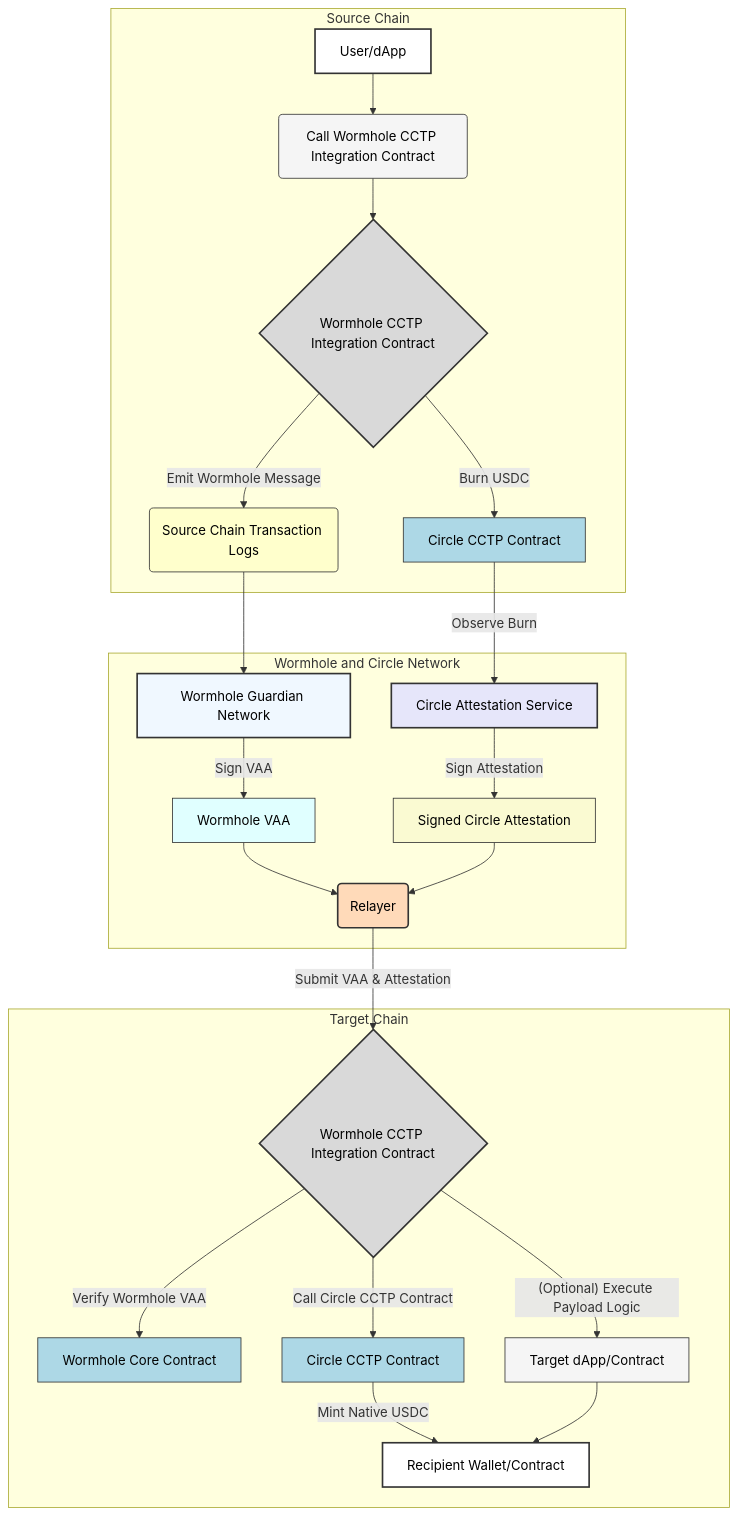
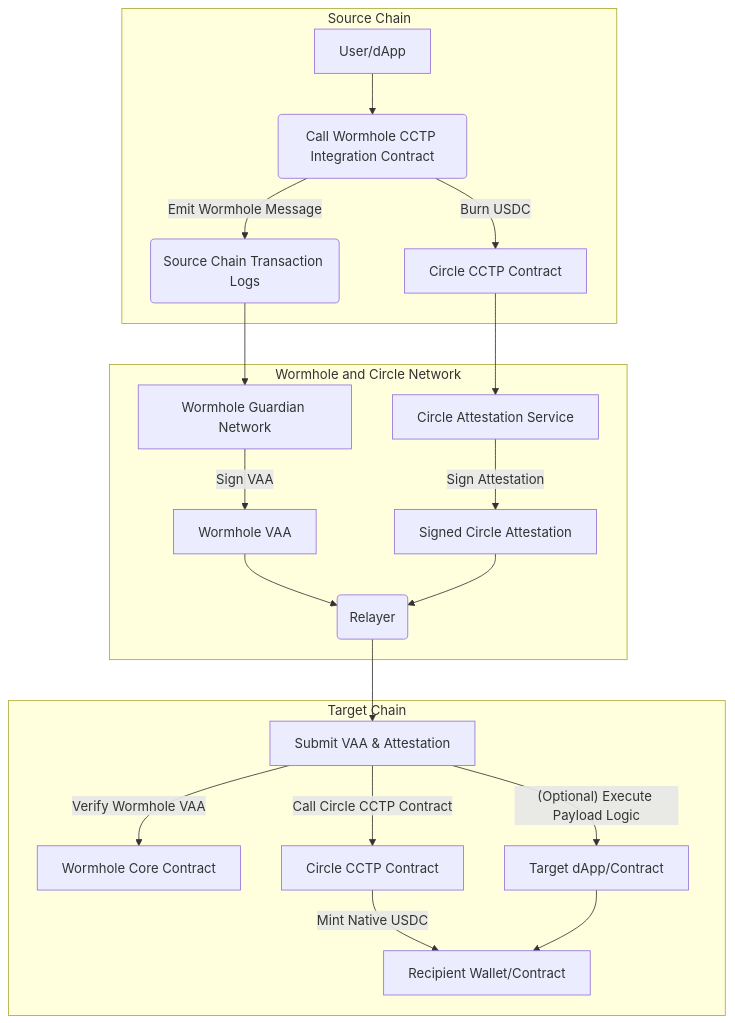
Before and after one commit to wormhole-foundation/wormhole-docs: the diagram in products/cctp-bridge/overview.md, drawn with Mermaid.

Commit message:
revisions

````diff
--- a/products/cctp-bridge/overview.md
+++ b/products/cctp-bridge/overview.md
@@ -32,61 +32,43 @@
 ```mermaid
 ---
 config:
-  layout: fixed 
+  layout: fixed
 ---
 
-flowchart
+flowchart TD
  subgraph subGraph0["Source Chain"]
         B("Call Wormhole CCTP Integration Contract")
         A["User/dApp"]
-        C{"Wormhole CCTP Integration Contract"}
         D["Circle CCTP Contract"]
         E("Source Chain Transaction Logs")
   end
  subgraph subGraph1["Wormhole and Circle Network"]
         F["Wormhole Guardian Network"]
         G["Circle Attestation Service"]
         H["Wormhole VAA"]
         I["Signed Circle Attestation"]
         J("Relayer")
   end
  subgraph subGraph2["Target Chain"]
-        K{"Wormhole CCTP Integration Contract"}
+        K["Submit VAA & Attestation"] 
         L["Wormhole Core Contract"]
         M["Circle CCTP Contract"]
         N["Target dApp/Contract"]
         O["Recipient Wallet/Contract"]
   end
     A --> B
-    B --> C
-    C -- Burn USDC --> D
-    C -- Emit Wormhole Message --> E
+    B -- Burn USDC --> D
+    B -- Emit Wormhole Message --> E
     E --> F
-    D -- Observe Burn --> G
+    D --> G
     F -- Sign VAA --> H
     G -- Sign Attestation --> I
     H --> J
     I --> J
-    J -- Submit VAA & Attestation --> K
+    J --> K 
     K -- Verify Wormhole VAA --> L
     K -- Call Circle CCTP Contract --> M
     K -- (Optional) Execute Payload Logic --> N
     M -- Mint Native USDC --> O
     N --> O
-    style B fill:#F5F5F5,stroke:#333,stroke-width:1px,color:#000
-    style A fill:#FFFFFF,stroke:#333,stroke-width:2px,color:#000
-    style C fill:#D9D9D9,stroke:#333,stroke-width:2px,color:#000
-    style D fill:#ADD8E6,stroke:#333,stroke-width:1px,color:#000
-    style E fill:#FFFFCC,stroke:#333,stroke-width:1px,color:#000
-    style F fill:#F0F8FF,stroke:#333,stroke-width:2px,color:#000
-    style G fill:#E6E6FA,stroke:#333,stroke-width:2px,color:#000
-    style H fill:#E0FFFF,stroke:#333,stroke-width:1px,color:#000
-    style I fill:#FAFAD2,stroke:#333,stroke-width:1px,color:#000
-    style J fill:#FFDAB9,stroke:#333,stroke-width:2px,color:#000
-    style K fill:#D9D9D9,stroke:#333,stroke-width:2px,color:#000
-    style L fill:#ADD8E6,stroke:#333,stroke-width:1px,color:#000
-    style M fill:#ADD8E6,stroke:#333,stroke-width:1px,color:#000
-    style N fill:#F5F5F5,stroke:#333,stroke-width:1px,color:#000
-    style O fill:#FFFFFF,stroke:#333,stroke-width:2px,color:#000
-
 ```
````
